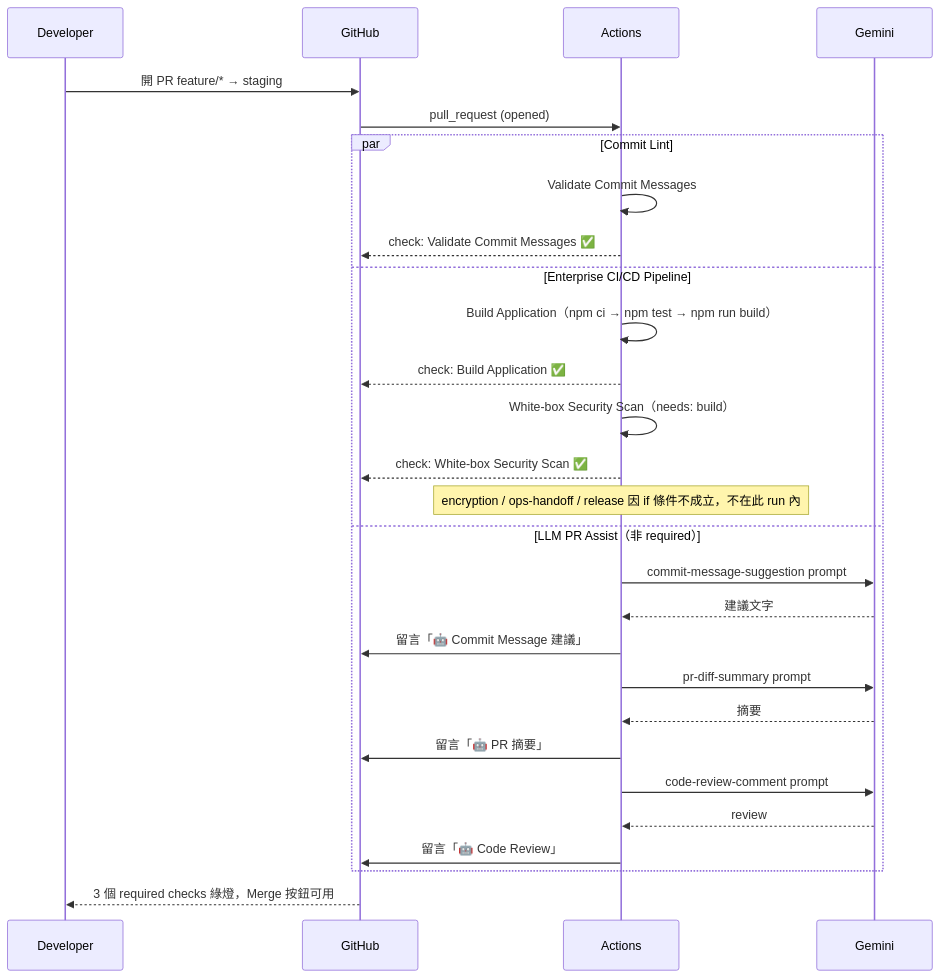
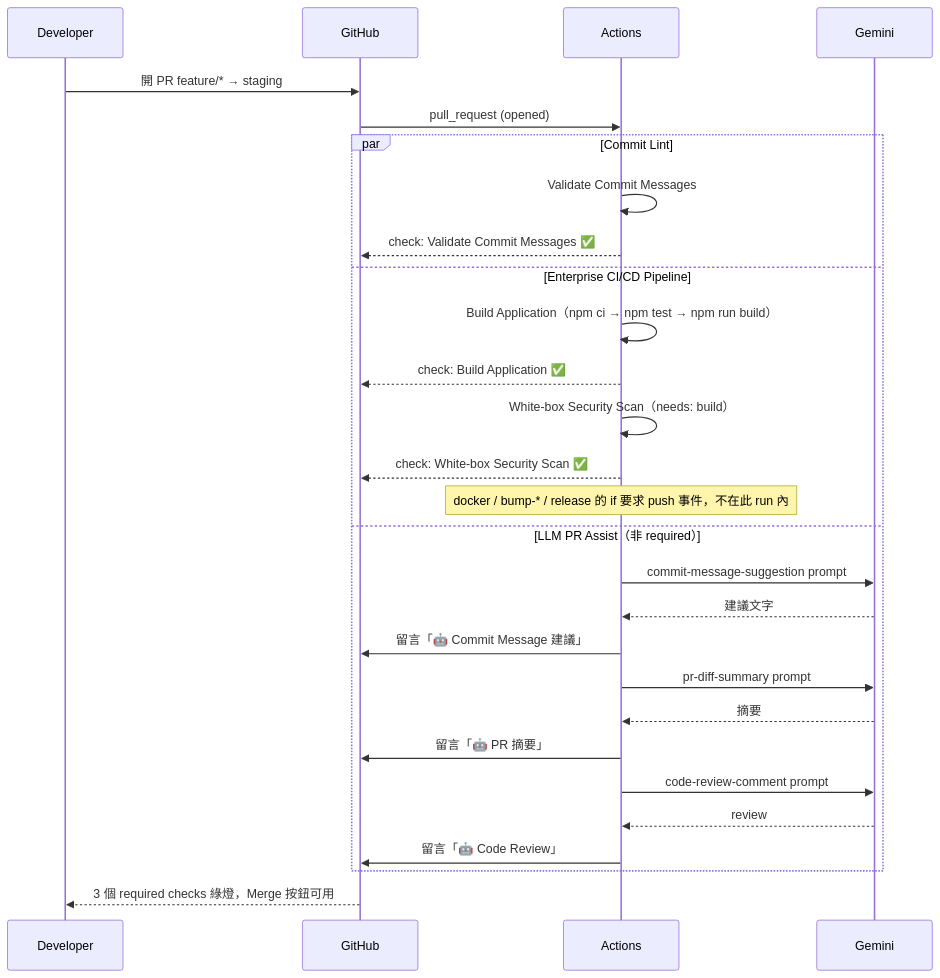
One commit to liaooliver/notes changed the third of 20 diagrams in docs/use-cases.md. Above: the diagram before and after it, drawn with Mermaid. The commit also changed other lines of this file, not shown here.

First line of the commit message:
docs(use-cases): 補上 GitOps 那半邊，並修掉過期的 job 與檔案路徑

````diff
--- a/docs/use-cases.md
+++ b/docs/use-cases.md
@@ -134,30 +151,30 @@
 ```mermaid
 sequenceDiagram
     participant D as Developer
     participant G as GitHub
     participant A as Actions
     participant M as Gemini
     D->>G: 開 PR feature/* → staging
     G->>A: pull_request (opened)
     par Commit Lint
         A->>A: Validate Commit Messages
         A-->>G: check: Validate Commit Messages ✅
     and Enterprise CI/CD Pipeline
         A->>A: Build Application（npm ci → npm test → npm run build）
         A-->>G: check: Build Application ✅
         A->>A: White-box Security Scan（needs: build）
         A-->>G: check: White-box Security Scan ✅
-        Note over A: encryption / ops-handoff / release 因 if 條件不成立，不在此 run 內
+        Note over A: docker / bump-* / release 的 if 要求 push 事件，不在此 run 內
     and LLM PR Assist（非 required）
         A->>M: commit-message-suggestion prompt
         M-->>A: 建議文字
         A->>G: 留言「🤖 Commit Message 建議」
         A->>M: pr-diff-summary prompt
         M-->>A: 摘要
         A->>G: 留言「🤖 PR 摘要」
         A->>M: code-review-comment prompt
         M-->>A: review
         A->>G: 留言「🤖 Code Review」
     end
     G-->>D: 3 個 required checks 綠燈，Merge 按鈕可用
 ```
````
